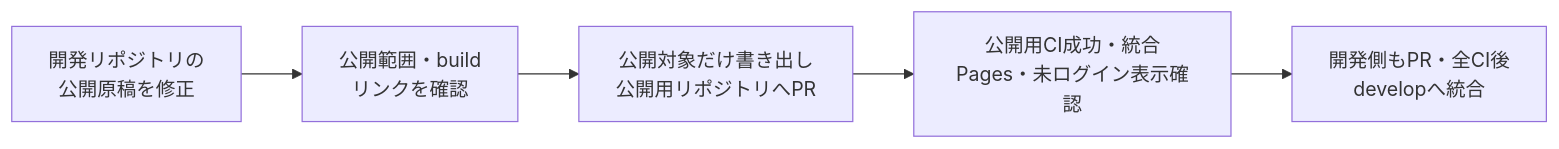
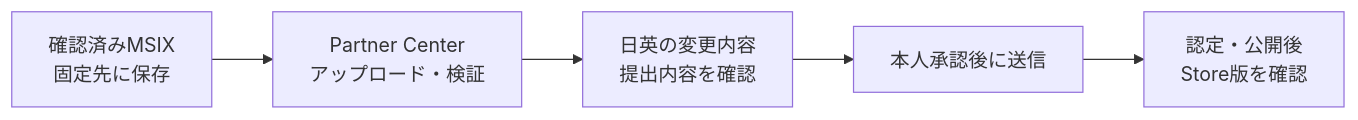
The third of 3 diagrams in docs/010_RELEASE.md (ore-no-fusen/ore-no-fusen), drawn with Mermaid before and after one commit. The commit also changed other lines of this file and 1 other file, not shown here.

````diff
--- a/docs/010_RELEASE.md
+++ b/docs/010_RELEASE.md
@@ -145,4 +62,4 @@
 ```mermaid
 flowchart LR
-    A["開発リポジトリの<br/>公開原稿を修正"] --> B["公開範囲・build<br/>リンクを確認"] --> C["公開対象だけ書き出し<br/>公開用リポジトリへPR"] --> D["公開用CI成功・統合<br/>Pages・未ログイン表示確認"] --> E["開発側もPR・全CI後<br/>developへ統合"]
+    A["確認済みMSIX<br/>固定先に保存"] --> B["Partner Center<br/>アップロード・検証"] --> C["日英の変更内容<br/>提出内容を確認"] --> D["本人承認後に送信"] --> E["認定・公開後<br/>Store版を確認"]
 ```
````
